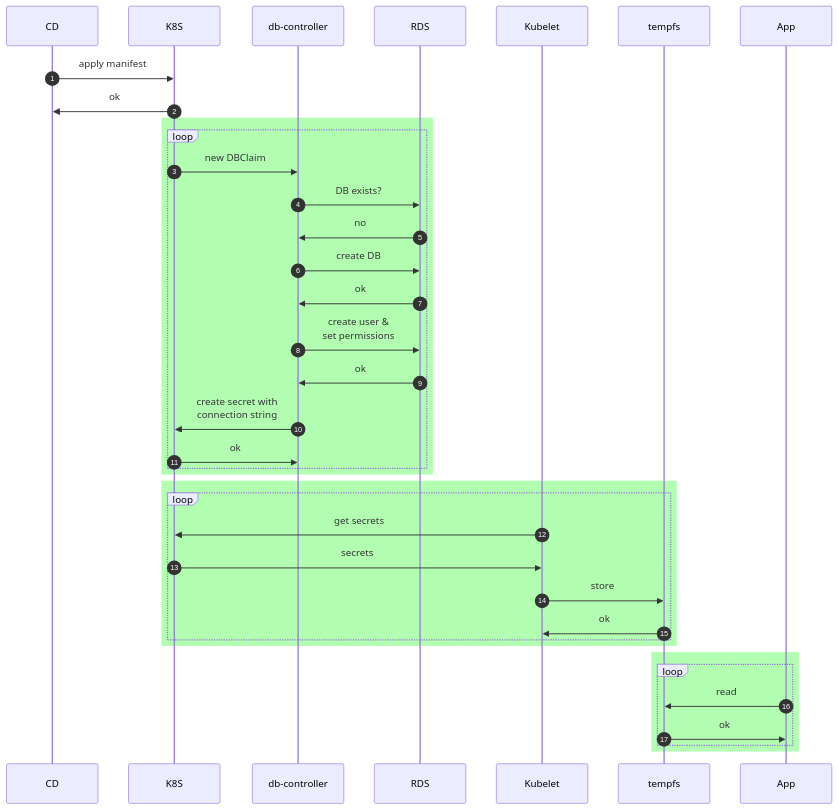
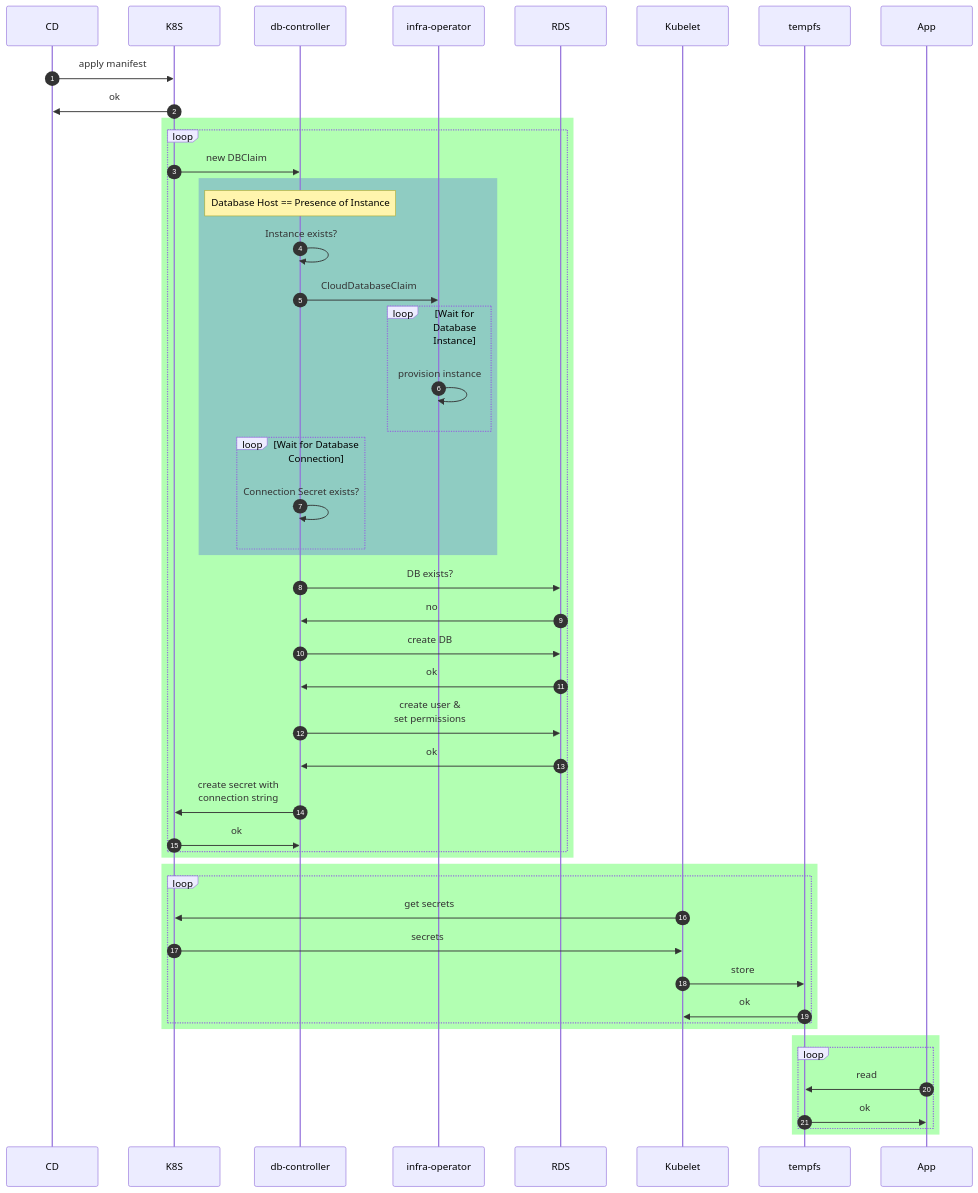
One commit to infobloxopen/db-controller changed the first of 4 diagrams in docs/index.md. Above: the diagram before and after it, drawn with Mermaid. The commit also changed other lines of this file, not shown here.

````diff
--- a/docs/index.md
+++ b/docs/index.md
@@ -77,33 +79,44 @@
 ```mermaid
   sequenceDiagram
     autonumber
     CD ->> K8S: apply manifest
     K8S ->> CD: ok
     rect rgb(0, 255, 0, .3)
         loop
             K8S->>db-controller: new DBClaim
+            rect rgba(0, 0, 255, .2)
+                Note over db-controller: Database Host == Presence of Instance 
+                db-controller->>db-controller: Instance exists?
+                db-controller->>infra-operator: CloudDatabaseClaim
+                loop Wait for Database Instance
+                    infra-operator->>infra-operator: provision instance
+                end
+                loop Wait for Database Connection
+                    db-controller->>db-controller: Connection Secret exists?
+                end
+            end
             db-controller->>RDS: DB exists?
             RDS->>db-controller: no
             db-controller->>RDS: create DB
             RDS->>db-controller: ok
             db-controller->>RDS: create user &<br/> set permissions
             RDS->>db-controller: ok
             db-controller->>K8S: create secret with<br/> connection string
             K8S->>db-controller: ok
         end
     end
     rect rgb(0, 255, 0, .3)
         loop
             Kubelet->>K8S: get secrets
             K8S->>Kubelet: secrets
             Kubelet->>tempfs: store
             tempfs->>Kubelet: ok
         end
     end
     rect rgb(0, 255, 0, .3)
         loop
             App->>tempfs: read
             tempfs->>App: ok
         end
     end
 ```
````
